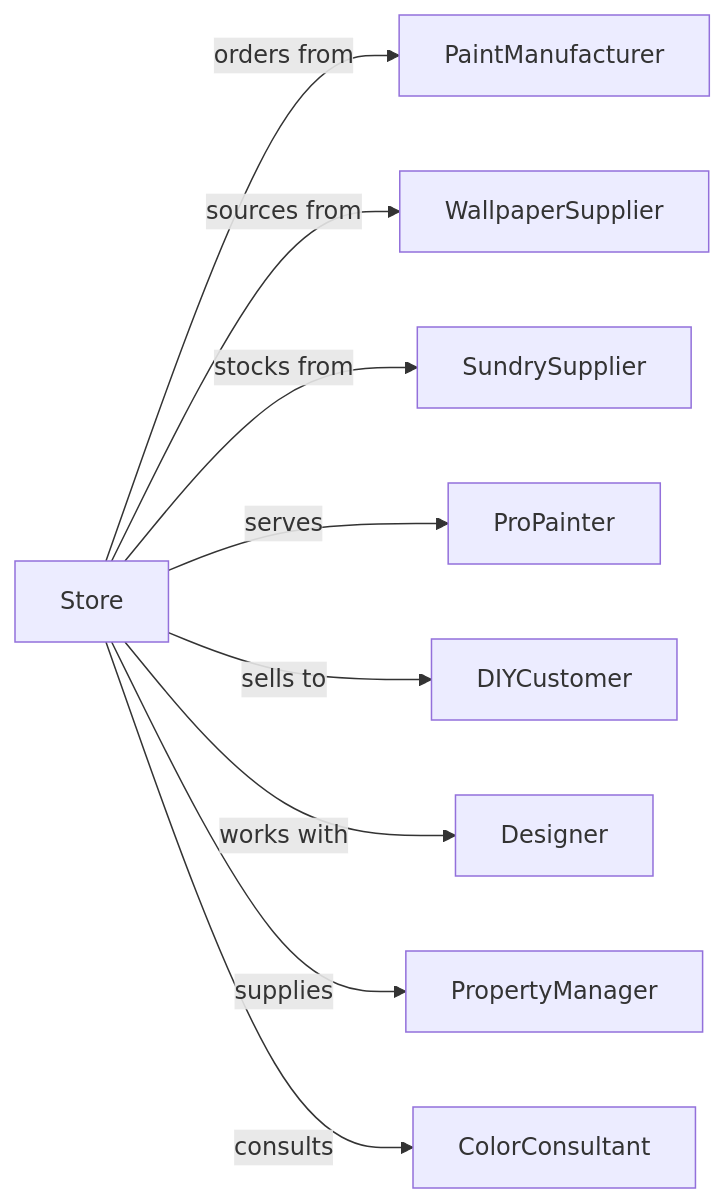
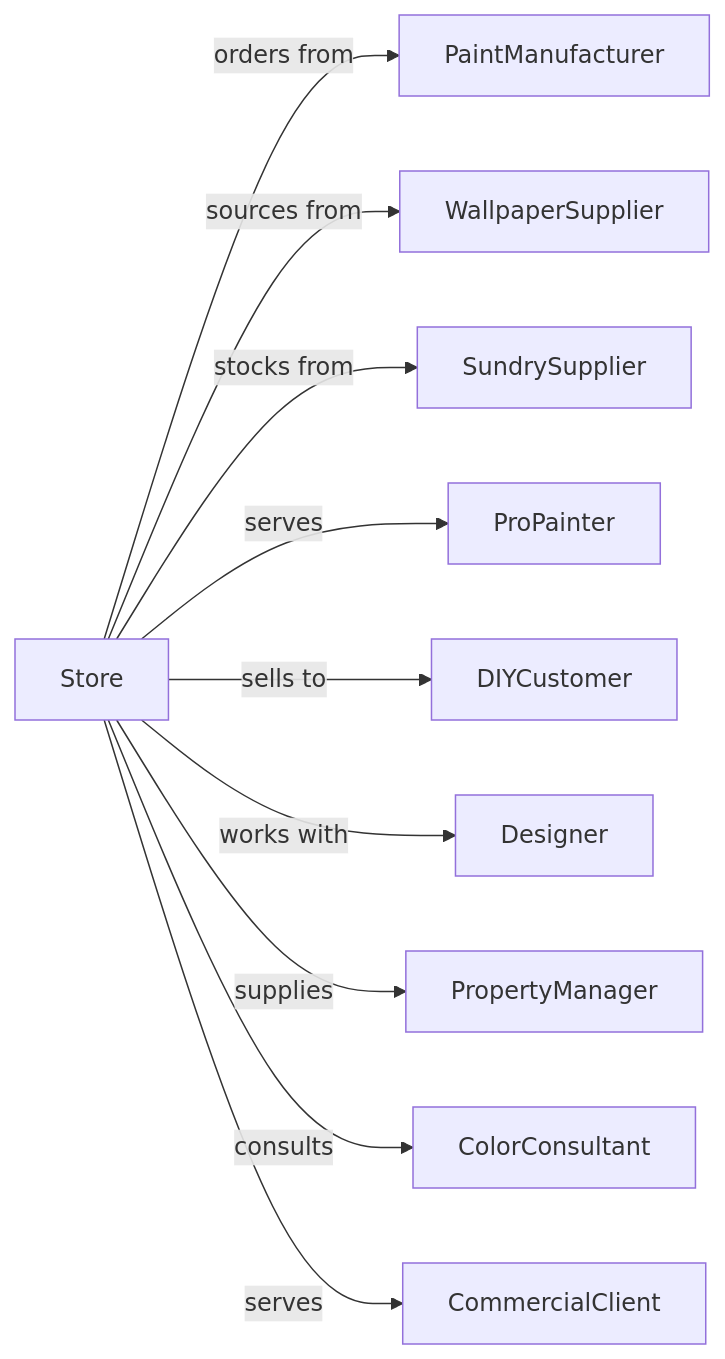
One commit to dot-org-ai/industries.org.ai changed the second of 2 diagrams in RetailTrade/BuildingMaterialAndGardenEquipmentAndSuppliesDealers/BuildingMaterialAndSuppliesDealers/PaintAndWallpaperRetailers.mdx. Above: the diagram before and after it, drawn with Mermaid. The commit also changed other lines of this file and 588 other files, not shown here.

````diff
--- a/RetailTrade/BuildingMaterialAndGardenEquipmentAndSuppliesDealers/BuildingMaterialAndSuppliesDealers/PaintAndWallpaperRetailers.mdx
+++ b/RetailTrade/BuildingMaterialAndGardenEquipmentAndSuppliesDealers/BuildingMaterialAndSuppliesDealers/PaintAndWallpaperRetailers.mdx
@@ -132,13 +132,14 @@
 ```mermaid
 graph LR
     S[Store]
 
     S -->|orders from| PaintManufacturer
     S -->|sources from| WallpaperSupplier
     S -->|stocks from| SundrySupplier
     S -->|serves| ProPainter
     S -->|sells to| DIYCustomer
     S -->|works with| Designer
     S -->|supplies| PropertyManager
     S -->|consults| ColorConsultant
+    S -->|serves| CommercialClient
 ```
````
